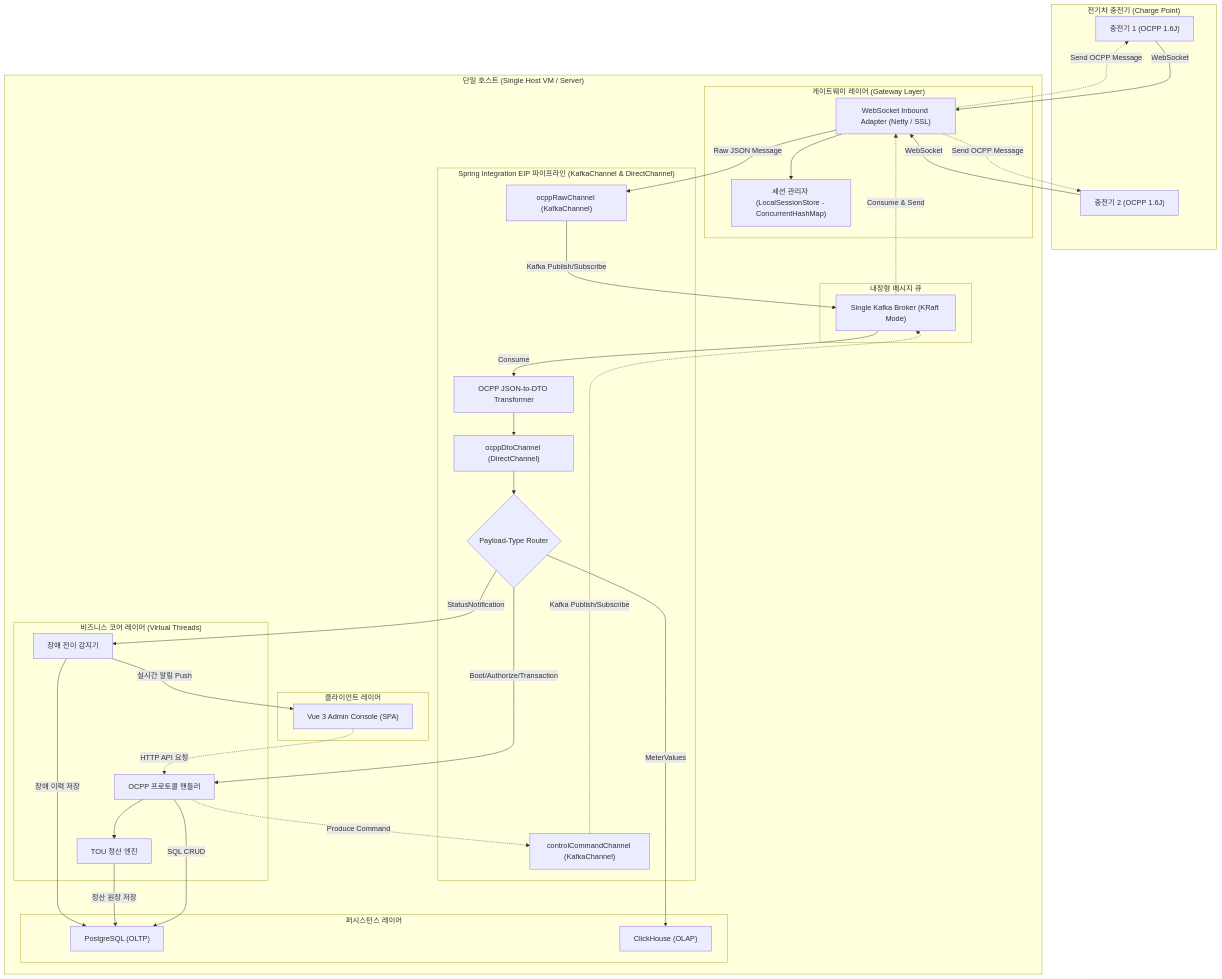
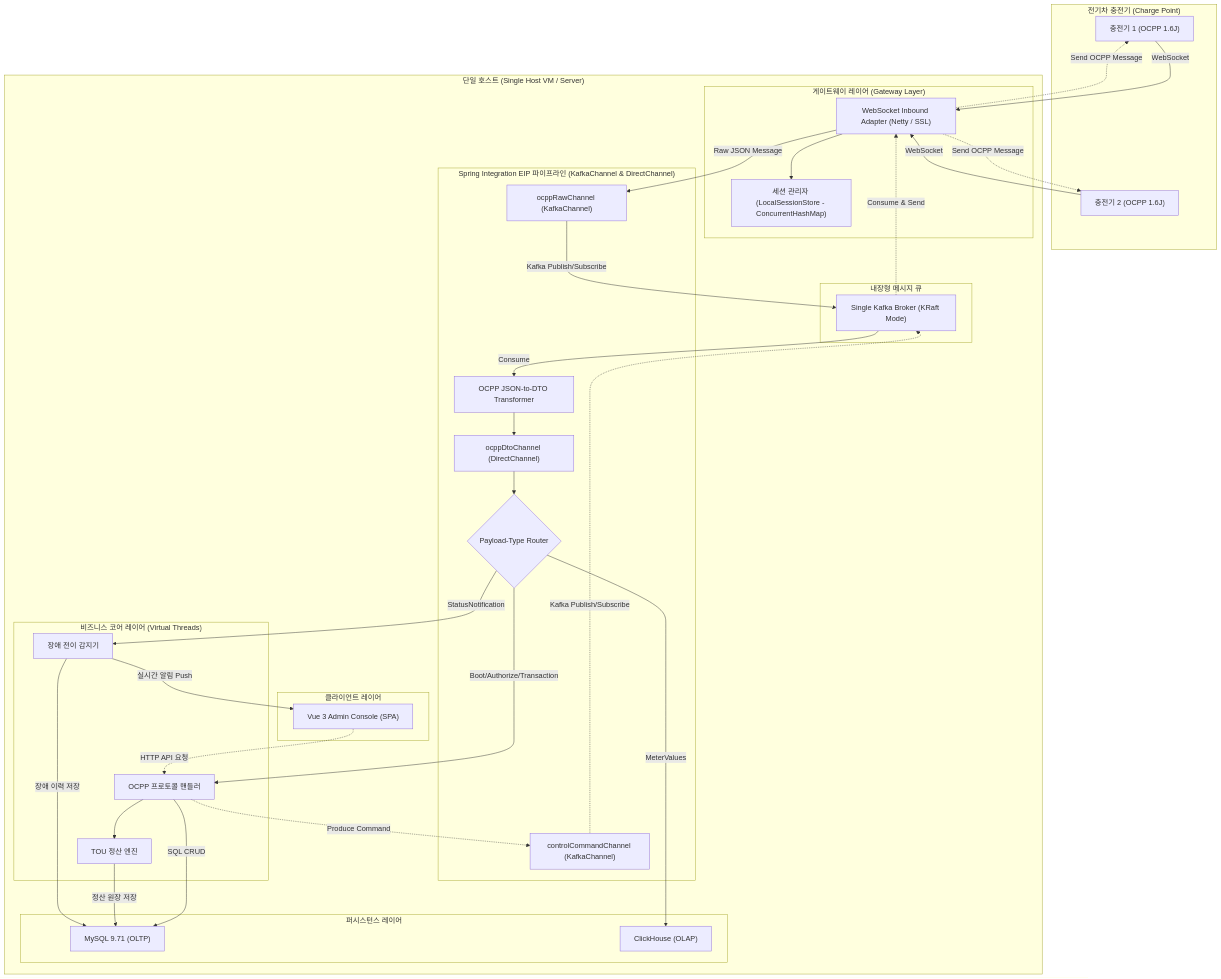
Before and after one commit to h2y-hyhong2/h2y-ocpp: the second of 10 diagrams in doc/01.standard_solution/01.prd.md, drawn with Mermaid. The commit also changed other lines of this file and 20 other files, not shown here.

````diff
--- a/doc/01.standard_solution/01.prd.md
+++ b/doc/01.standard_solution/01.prd.md
@@ -63,67 +77,67 @@
 ```mermaid
 flowchart TB
     subgraph EVSE ["전기차 충전기 (Charge Point)"]
         CP1["충전기 1 (OCPP 1.6J)"]
         CP2["충전기 2 (OCPP 1.6J)"]
     end
 
     subgraph Host ["단일 호스트 (Single Host VM / Server)"]
 
         subgraph GW_Layer ["게이트웨이 레이어 (Gateway Layer)"]
             WSAdapter["WebSocket Inbound Adapter (Netty / SSL)"]
             SessionMgr["세션 관리자 (LocalSessionStore - ConcurrentHashMap)"]
         end
 
         subgraph SI_Bus ["Spring Integration EIP 파이프라인 (KafkaChannel & DirectChannel)"]
             RawCh["ocppRawChannel (KafkaChannel)"]
             Transformer["OCPP JSON-to-DTO Transformer"]
             DtoCh["ocppDtoChannel (DirectChannel)"]
             Router{"Payload-Type Router"}
             CtrlCh["controlCommandChannel (KafkaChannel)"]
         end
 
         subgraph Core ["비즈니스 코어 레이어 (Virtual Threads)"]
             OCPPHandler["OCPP 프로토콜 핸들러"]
             Settlement["TOU 정산 엔진"]
             FaultMgr["장애 전이 감지기"]
         end
 
         subgraph MQ ["내장형 메시지 큐"]
             Kafka["Single Kafka Broker (KRaft Mode)"]
         end
 
         subgraph DB ["퍼시스턴스 레이어"]
-            Postgres["PostgreSQL (OLTP)"]
+            MySql["MySQL 9.71 (OLTP)"]
             ClickHouse["ClickHouse (OLAP)"]
         end
 
         subgraph Admin ["클라이언트 레이어"]
             VueApp["Vue 3 Admin Console (SPA)"]
         end
     end
 
     %% 업링크 데이터 흐름 (충전기 → 시스템)
     CP1 -->|WebSocket| WSAdapter
     CP2 -->|WebSocket| WSAdapter
     WSAdapter --> SessionMgr
     WSAdapter -->|Raw JSON Message| RawCh
     RawCh -->|Kafka Publish/Subscribe| Kafka
     Kafka -->|Consume| Transformer
     Transformer --> DtoCh
     DtoCh --> Router
     Router -->|Boot/Authorize/Transaction| OCPPHandler
     Router -->|MeterValues| ClickHouse
     Router -->|StatusNotification| FaultMgr
     OCPPHandler --> Settlement
-    OCPPHandler -->|SQL CRUD| Postgres
-    Settlement -->|정산 원장 저장| Postgres
-    FaultMgr -->|장애 이력 저장| Postgres
+    OCPPHandler -->|SQL CRUD| MySql
+    Settlement -->|정산 원장 저장| MySql
+    FaultMgr -->|장애 이력 저장| MySql
     FaultMgr -->|실시간 알림 Push| VueApp
 
     %% 다운링크 제어 흐름 (관리자 → 충전기)
     VueApp -.->|HTTP API 요청| OCPPHandler
     OCPPHandler -.->|Produce Command| CtrlCh
     CtrlCh -.->|Kafka Publish/Subscribe| Kafka
     Kafka -.->|Consume & Send| WSAdapter
     WSAdapter -.->|Send OCPP Message| CP1 & CP2
 ```
````
